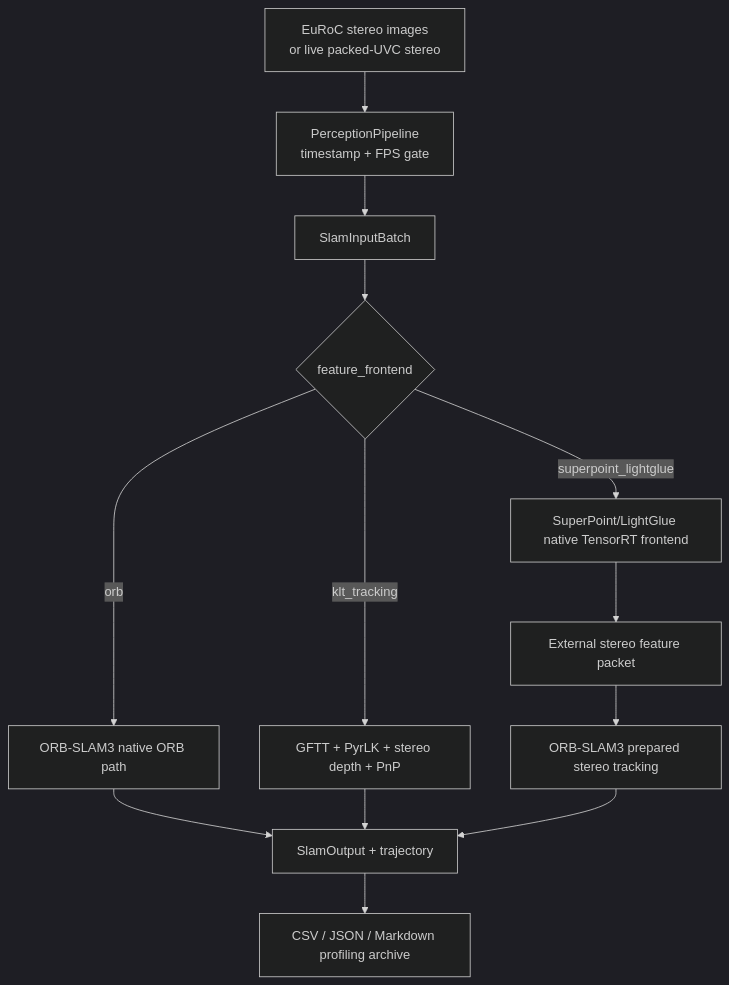
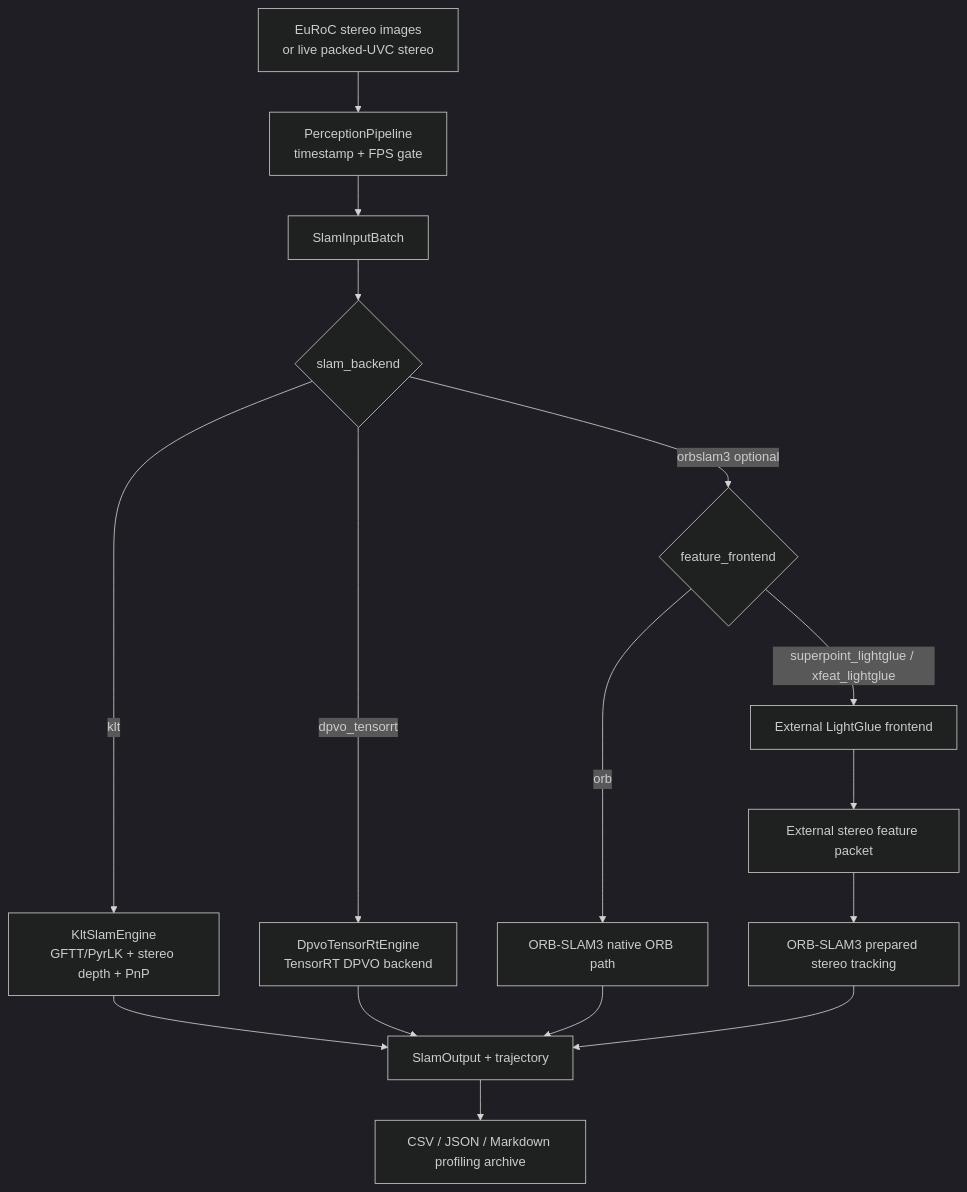
One commit to litingzhang/SmartDrone changed the diagram in docs/slam_modes_euroc.md. Above: the diagram before and after it, drawn with Mermaid (dark theme). The commit also changed other lines of this file and 356 other files, not shown here.

Commit message:
Refactor SLAM backends and absorb ORB-SLAM3 modules

````diff
--- a/docs/slam_modes_euroc.md
+++ b/docs/slam_modes_euroc.md
@@ -7,15 +9,18 @@
 ```mermaid
 flowchart TD
     A[EuRoC stereo images<br/>or live packed-UVC stereo] --> B[PerceptionPipeline<br/>timestamp + FPS gate]
     B --> C[SlamInputBatch]
-    C --> D{feature_frontend}
-    D -- orb --> E[ORB-SLAM3 native ORB path]
-    D -- klt_tracking --> F[GFTT + PyrLK + stereo depth + PnP]
-    D -- superpoint_lightglue --> G[SuperPoint/LightGlue native TensorRT frontend]
-    G --> H[External stereo feature packet]
-    H --> I[ORB-SLAM3 prepared stereo tracking]
-    E --> J[SlamOutput + trajectory]
-    F --> J
-    I --> J
-    J --> K[CSV / JSON / Markdown profiling archive]
+    C --> D{slam_backend}
+    D -- klt --> E[KltSlamEngine<br/>GFTT/PyrLK + stereo depth + PnP]
+    D -- dpvo_tensorrt --> F[DpvoTensorRtEngine<br/>TensorRT DPVO backend]
+    D -- orbslam3 optional --> G{feature_frontend}
+    G -- orb --> H[ORB-SLAM3 native ORB path]
+    G -- superpoint_lightglue / xfeat_lightglue --> I[External LightGlue frontend]
+    I --> J[External stereo feature packet]
+    J --> K[ORB-SLAM3 prepared stereo tracking]
+    E --> L[SlamOutput + trajectory]
+    F --> L
+    H --> L
+    K --> L
+    L --> M[CSV / JSON / Markdown profiling archive]
 ```
````
